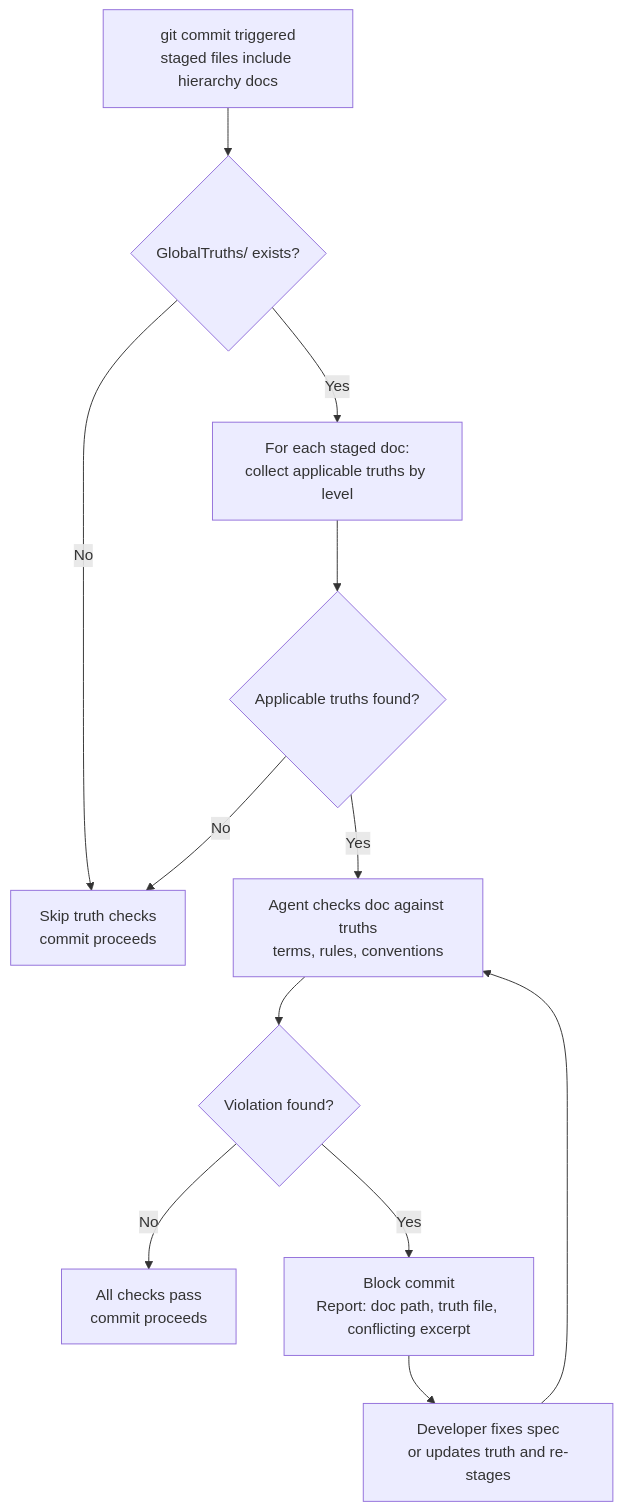
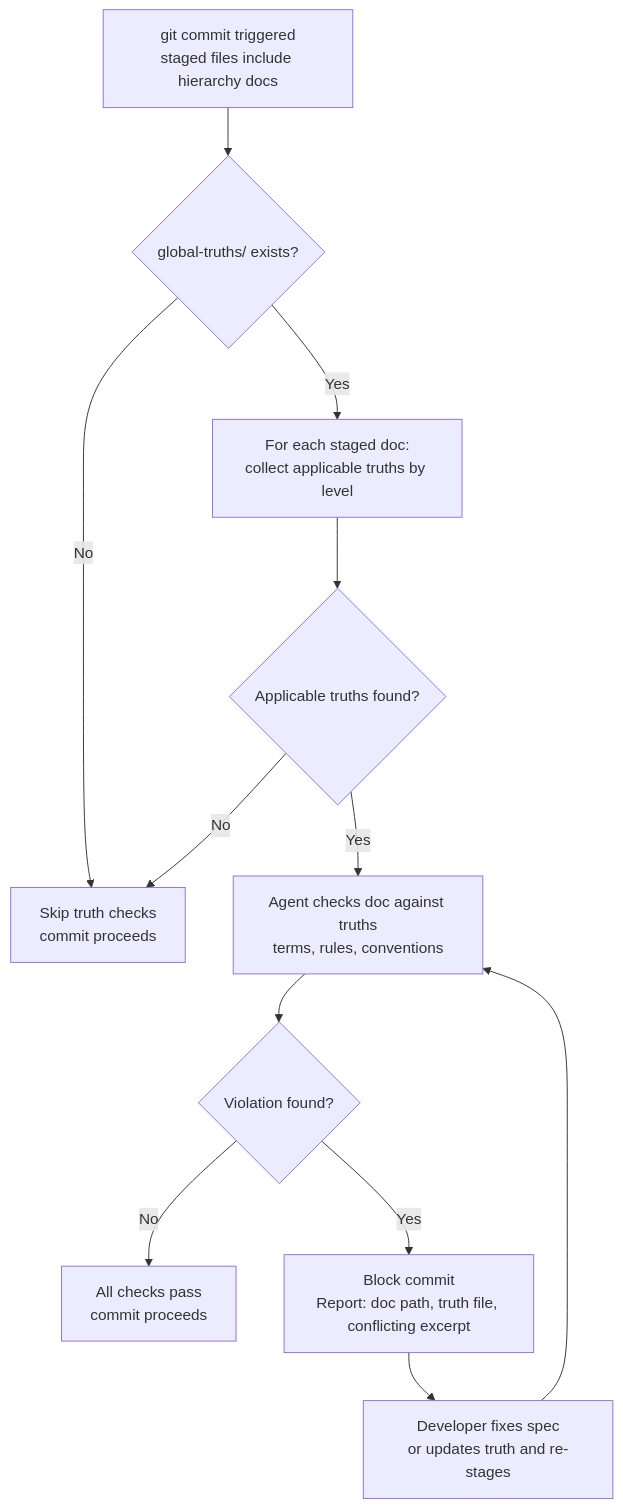
One commit to imix/taproot changed the diagram in taproot/global-truths/enforce-truths-at-commit/usecase.md. Above: the diagram before and after it, drawn with Mermaid. The commit also changed other lines of this file and 2 other files, not shown here.

Commit message:
taproot(global-truths): rename GlobalTruths/ to global-truths/ in all specs

````diff
--- a/taproot/global-truths/enforce-truths-at-commit/usecase.md
+++ b/taproot/global-truths/enforce-truths-at-commit/usecase.md
@@ -67,14 +67,14 @@
 ```mermaid
 flowchart TD
-    A[git commit triggered\nstaged files include hierarchy docs] --> B{GlobalTruths/ exists?}
+    A[git commit triggered\nstaged files include hierarchy docs] --> B{global-truths/ exists?}
     B -->|No| C[Skip truth checks\ncommit proceeds]
     B -->|Yes| D[For each staged doc:\ncollect applicable truths by level]
     D --> E{Applicable truths found?}
     E -->|No| C
     E -->|Yes| F[Agent checks doc against truths\nterms, rules, conventions]
     F --> G{Violation found?}
     G -->|No| H[All checks pass\ncommit proceeds]
     G -->|Yes| I[Block commit\nReport: doc path, truth file, conflicting excerpt]
     I --> J[Developer fixes spec\nor updates truth and re-stages]
     J --> F
 ```
````
